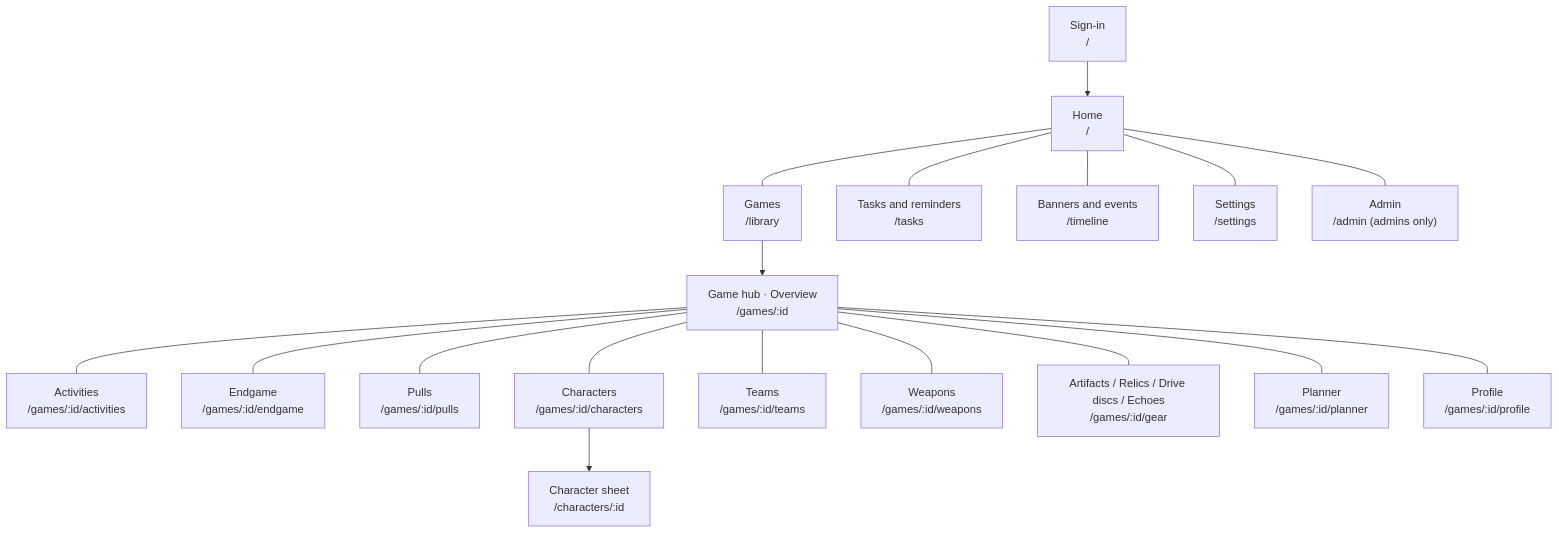
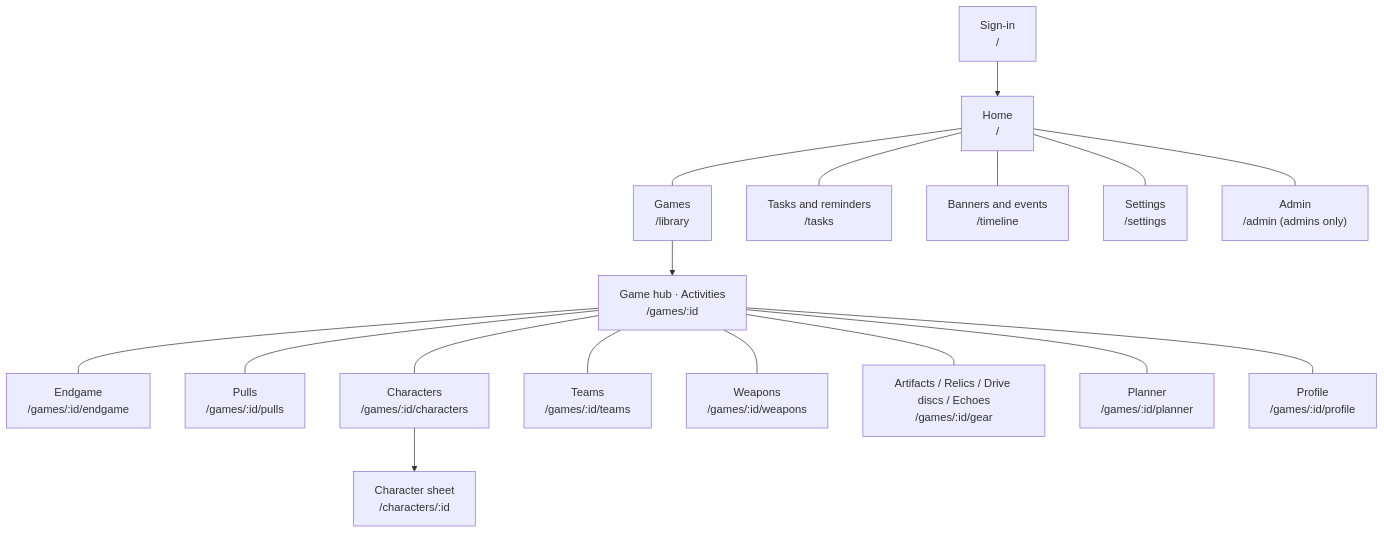
The sixth of 6 diagrams in docs/PROJECT-GUIDE.md (adam-riffi/gacha-hub), drawn with Mermaid before and after one commit. The commit also changed other lines of this file and 19 other files, not shown here.

First line of the commit message:
feat(home): a picked game's dashboard is on Home, and the hub opens on Activities again (#244)

````diff
--- a/docs/PROJECT-GUIDE.md
+++ b/docs/PROJECT-GUIDE.md
@@ -250,20 +250,19 @@
 ```mermaid
 flowchart TB
   L["Sign-in<br/>/"] --> H["Home<br/>/"]
   H --- G["Games<br/>/library"]
   H --- T["Tasks and reminders<br/>/tasks"]
   H --- C["Banners and events<br/>/timeline"]
   H --- S["Settings<br/>/settings"]
   H --- AD["Admin<br/>/admin (admins only)"]
-  G --> A["Game hub · Overview<br/>/games/:id"]
-  A --- AC["Activities<br/>/games/:id/activities"]
+  G --> A["Game hub · Activities<br/>/games/:id"]
   A --- EG["Endgame<br/>/games/:id/endgame"]
   A --- PU["Pulls<br/>/games/:id/pulls"]
   A --- CH["Characters<br/>/games/:id/characters"]
   A --- TE["Teams<br/>/games/:id/teams"]
   A --- WE["Weapons<br/>/games/:id/weapons"]
   A --- GR["Artifacts / Relics / Drive discs / Echoes<br/>/games/:id/gear"]
   A --- PL["Planner<br/>/games/:id/planner"]
   A --- PR["Profile<br/>/games/:id/profile"]
   CH --> SH["Character sheet<br/>/characters/:id"]
 ```
````
